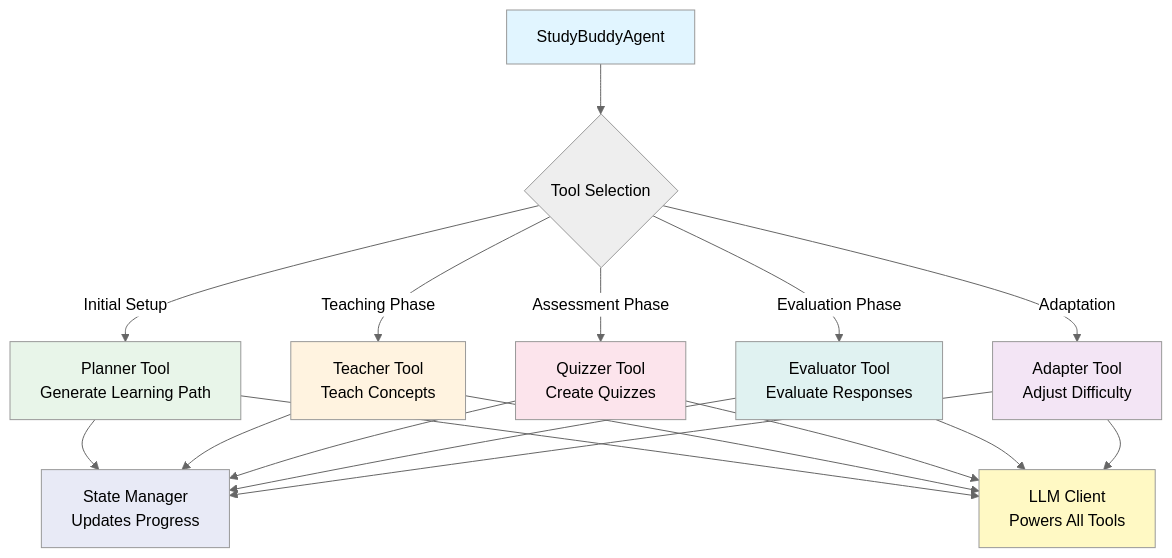
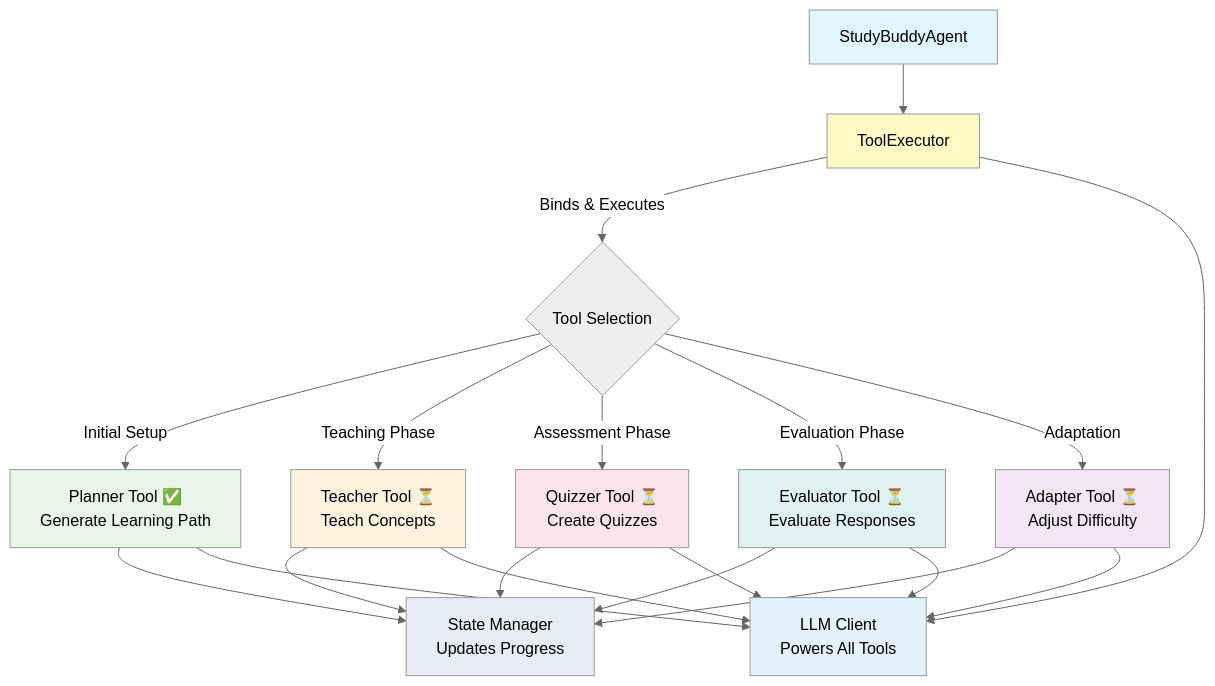
Before and after one commit to ebinzacharias/ez-agentic-study-buddy: the fourth of 5 diagrams in ARCHITECTURE.md, drawn with Mermaid (neutral theme). The commit also changed other lines of this file, not shown here.

Commit message:
updated architecture

````diff
--- a/ARCHITECTURE.md
+++ b/ARCHITECTURE.md
@@ -149,35 +189,39 @@
 ```mermaid
 graph TD
-    Agent[StudyBuddyAgent] --> Tools{Tool Selection}
+    Agent[StudyBuddyAgent] --> ToolExec[ToolExecutor]
     
-    Tools -->|Initial Setup| Planner[Planner Tool<br/>Generate Learning Path]
-    Tools -->|Teaching Phase| Teacher[Teacher Tool<br/>Teach Concepts]
-    Tools -->|Assessment Phase| Quizzer[Quizzer Tool<br/>Create Quizzes]
-    Tools -->|Evaluation Phase| Evaluator[Evaluator Tool<br/>Evaluate Responses]
-    Tools -->|Adaptation| Adapter[Adapter Tool<br/>Adjust Difficulty]
+    ToolExec -->|Binds & Executes| Tools{Tool Selection}
+    
+    Tools -->|Initial Setup| Planner[Planner Tool ✅<br/>Generate Learning Path]
+    Tools -->|Teaching Phase| Teacher[Teacher Tool ⏳<br/>Teach Concepts]
+    Tools -->|Assessment Phase| Quizzer[Quizzer Tool ⏳<br/>Create Quizzes]
+    Tools -->|Evaluation Phase| Evaluator[Evaluator Tool ⏳<br/>Evaluate Responses]
+    Tools -->|Adaptation| Adapter[Adapter Tool ⏳<br/>Adjust Difficulty]
     
     Planner --> State
     Teacher --> State
     Quizzer --> State
     Evaluator --> State
     Adapter --> State
     
     State[State Manager<br/>Updates Progress]
     
     LLM[LLM Client<br/>Powers All Tools]
     
+    ToolExec --> LLM
     Planner --> LLM
     Teacher --> LLM
     Quizzer --> LLM
     Evaluator --> LLM
     Adapter --> LLM
     
     style Agent fill:#e1f5ff
+    style ToolExec fill:#fff9c4
     style Planner fill:#e8f5e9
     style Teacher fill:#fff3e0
     style Quizzer fill:#fce4ec
     style Evaluator fill:#e0f2f1
     style Adapter fill:#f3e5f5
-    style LLM fill:#fff9c4
+    style LLM fill:#e3f2fd
     style State fill:#e8eaf6
 ```
````
